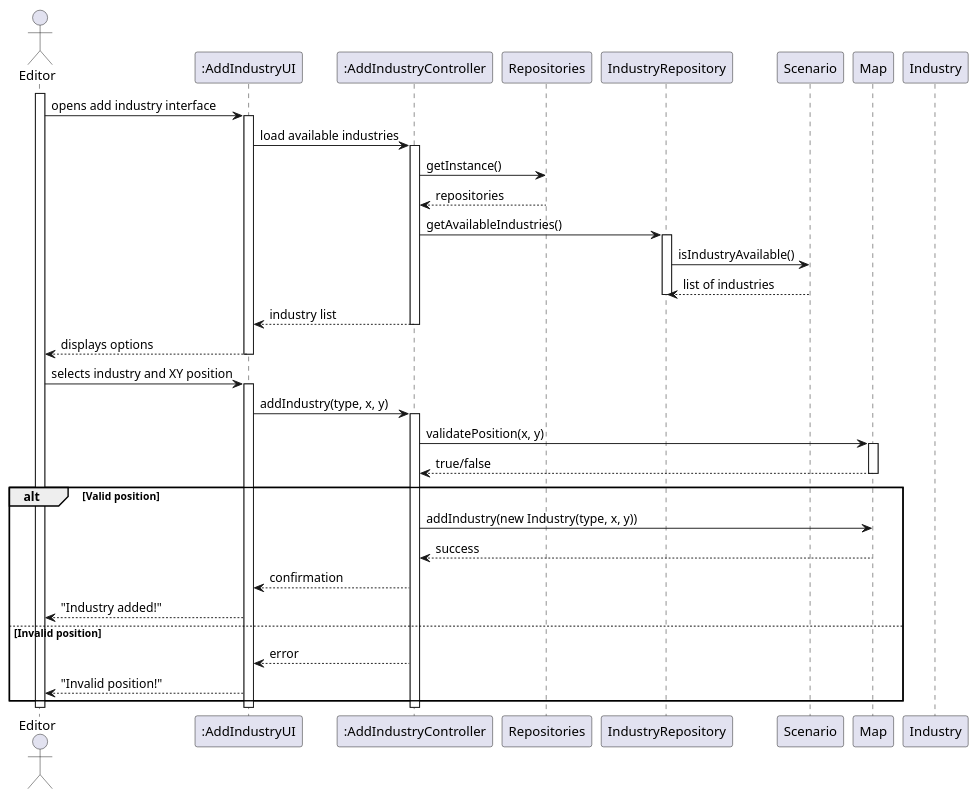
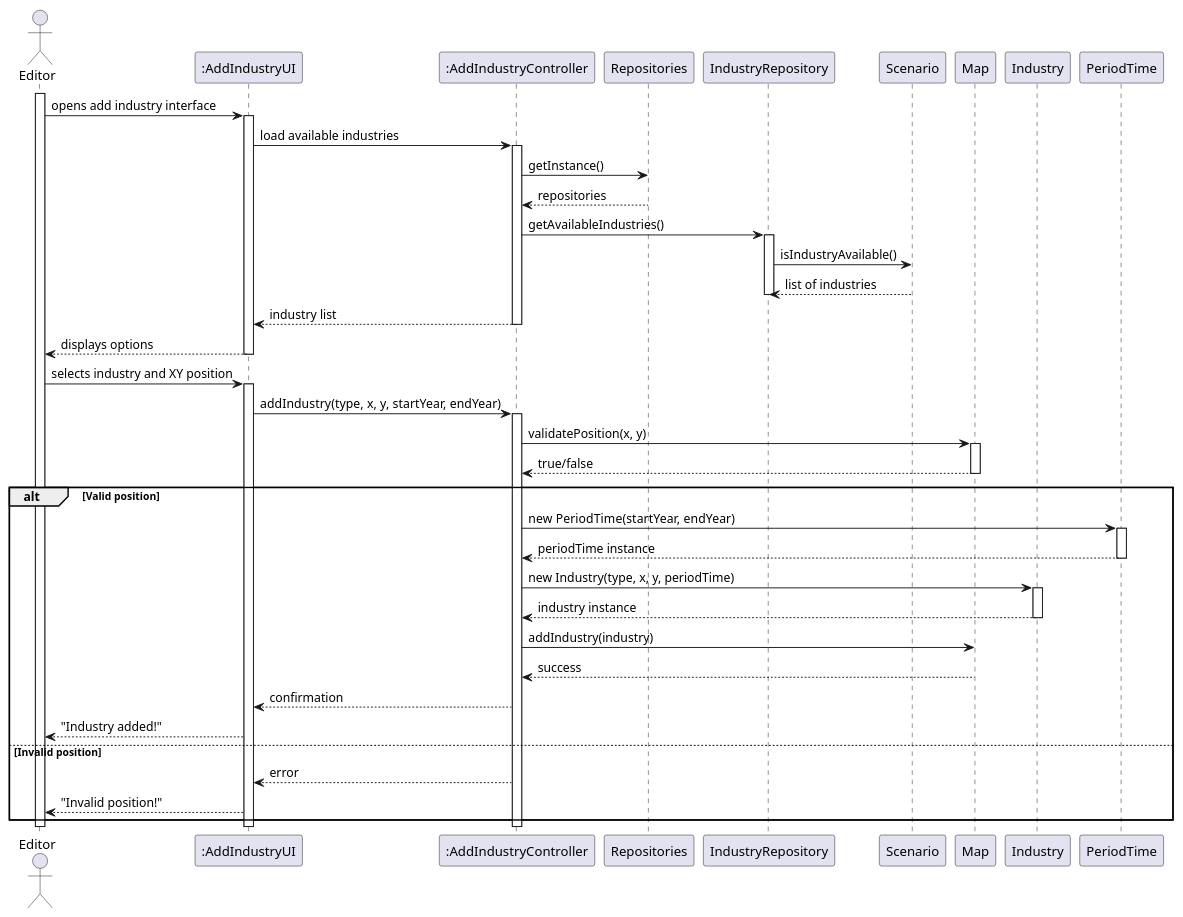
Before and after one commit to bruno-monteiro5/sem2-pi-24.25-g132-repo: the diagram in docs/system-documentation/US002/03.design/puml/US002-SD-full.puml, drawn with PlantUML. The commit also changed 17 other files, not shown here.

```diff
--- a/docs/system-documentation/US002/03.design/puml/US002-SD-full.puml
+++ b/docs/system-documentation/US002/03.design/puml/US002-SD-full.puml
@@ -1,50 +1,61 @@
 @startuml
 actor "Editor" as EDITOR
 participant ":AddIndustryUI" as UI
 participant ":AddIndustryController" as CTRL
 participant "Repositories" as REPOS
 participant "IndustryRepository" as INDUSTRY_REPO
 participant "Scenario" as SCENARIO
 participant "Map" as MAP
 participant "Industry" as INDUSTRY
+participant "PeriodTime" as PERIODTIME
 
 activate EDITOR
 
 EDITOR -> UI : opens add industry interface
 activate UI
     UI -> CTRL : load available industries
     activate CTRL
         CTRL -> REPOS : getInstance()
         REPOS --> CTRL : repositories
         CTRL -> INDUSTRY_REPO : getAvailableIndustries()
         activate INDUSTRY_REPO
             INDUSTRY_REPO -> SCENARIO : isIndustryAvailable()
             SCENARIO --> INDUSTRY_REPO : list of industries
         deactivate INDUSTRY_REPO
         CTRL --> UI : industry list
     deactivate CTRL
     UI --> EDITOR : displays options
 deactivate UI
 
 EDITOR -> UI : selects industry and XY position
 activate UI
-    UI -> CTRL : addIndustry(type, x, y)
+    UI -> CTRL : addIndustry(type, x, y, startYear, endYear)
     activate CTRL
         CTRL -> MAP : validatePosition(x, y)
         activate MAP
             MAP --> CTRL : true/false
         deactivate MAP
         alt Valid position
-            CTRL -> MAP : addIndustry(new Industry(type, x, y))
+            CTRL -> PERIODTIME : new PeriodTime(startYear, endYear)
+            activate PERIODTIME
+            PERIODTIME --> CTRL : periodTime instance
+            deactivate PERIODTIME
+
+            CTRL -> INDUSTRY : new Industry(type, x, y, periodTime)
+            activate INDUSTRY
+            INDUSTRY --> CTRL : industry instance
+            deactivate INDUSTRY
+
+            CTRL -> MAP : addIndustry(industry)
             MAP --> CTRL : success
             CTRL --> UI : confirmation
             UI --> EDITOR : "Industry added!"
         else Invalid position
             CTRL --> UI : error
             UI --> EDITOR : "Invalid position!"
         end
     deactivate CTRL
 deactivate UI
 
 deactivate EDITOR
 @enduml
```
